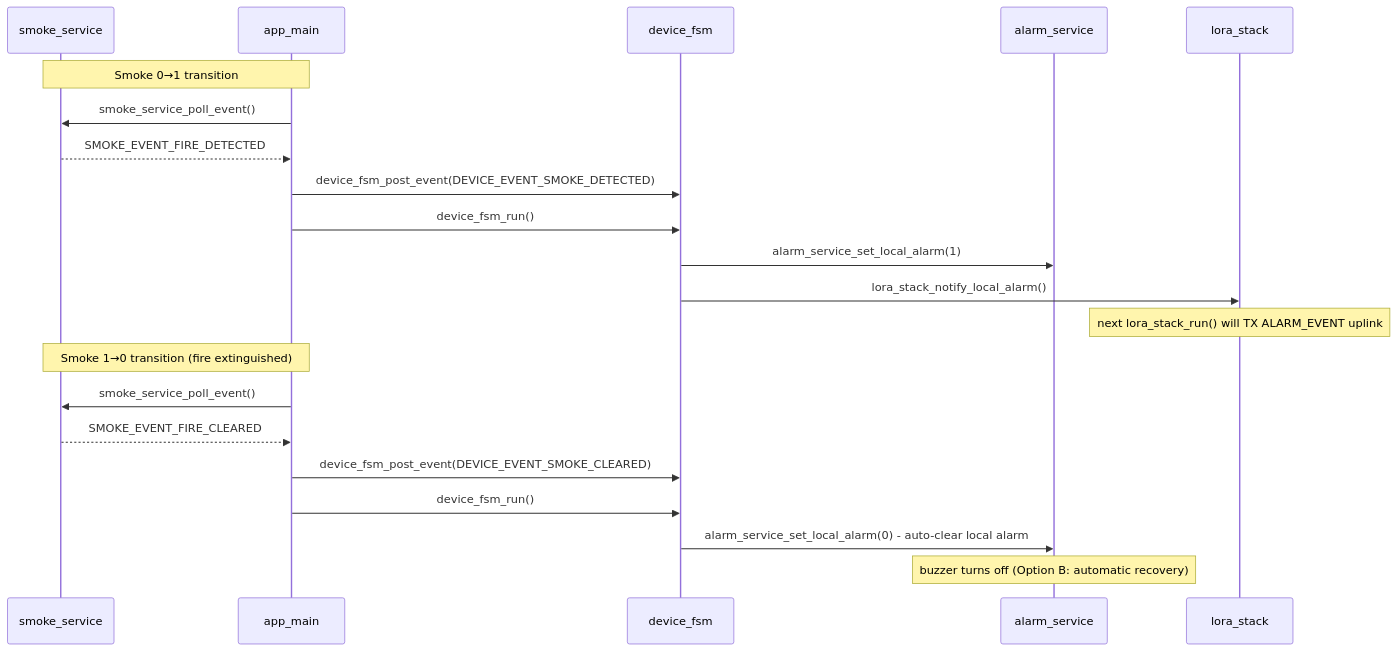
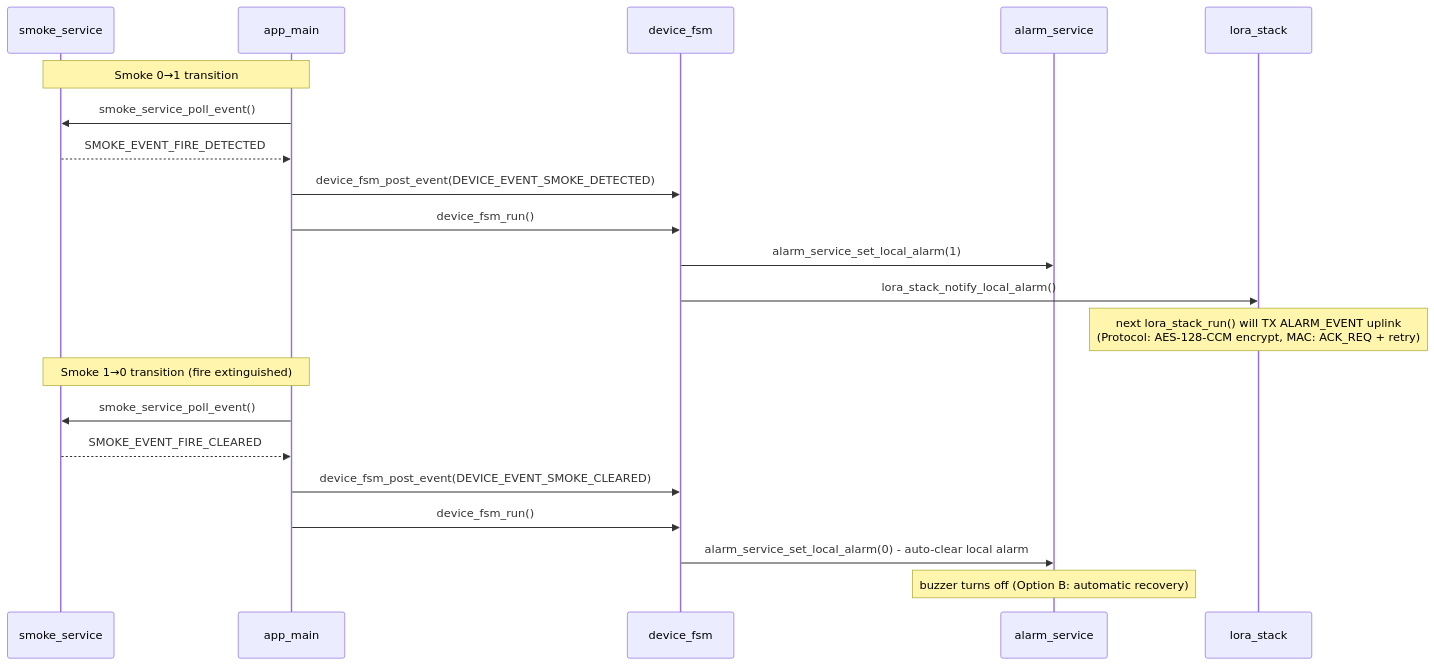
The ninth of 11 diagrams in EMIC_LORA_PROTOCOL/docs/main_runtime_flow.md (vuvantruong120896/emic_lora_protocol), drawn with Mermaid before and after one commit. The commit also changed other lines of this file and 4 other files, not shown here.

First line of the commit message:
docs: standardize terminology & references (MAC layer, AES-128-CCM, anti-replay)

````diff
--- a/EMIC_LORA_PROTOCOL/docs/main_runtime_flow.md
+++ b/EMIC_LORA_PROTOCOL/docs/main_runtime_flow.md
@@ -373,25 +391,25 @@
 ```mermaid
 sequenceDiagram
   participant SMOKE as smoke_service
   participant APP as app_main
   participant FSM as device_fsm
   participant ALARM as alarm_service
   participant STACK as lora_stack
 
   Note over SMOKE,APP: Smoke 0→1 transition
   APP->>SMOKE: smoke_service_poll_event()
   SMOKE-->>APP: SMOKE_EVENT_FIRE_DETECTED
   APP->>FSM: device_fsm_post_event(DEVICE_EVENT_SMOKE_DETECTED)
   APP->>FSM: device_fsm_run()
   FSM->>ALARM: alarm_service_set_local_alarm(1)
   FSM->>STACK: lora_stack_notify_local_alarm()
-  Note over STACK: next lora_stack_run() will TX ALARM_EVENT uplink
+  Note over STACK: next lora_stack_run() will TX ALARM_EVENT uplink<br/>(Protocol: AES-128-CCM encrypt, MAC: ACK_REQ + retry)
 
   Note over SMOKE,APP: Smoke 1→0 transition (fire extinguished)
   APP->>SMOKE: smoke_service_poll_event()
   SMOKE-->>APP: SMOKE_EVENT_FIRE_CLEARED
   APP->>FSM: device_fsm_post_event(DEVICE_EVENT_SMOKE_CLEARED)
   APP->>FSM: device_fsm_run()
   FSM->>ALARM: alarm_service_set_local_alarm(0) - auto-clear local alarm
   Note over ALARM: buzzer turns off (Option B: automatic recovery)
 ```
````
